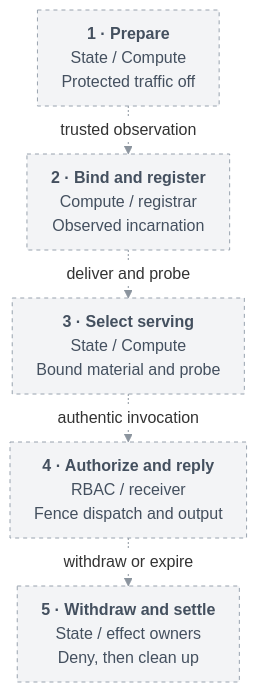
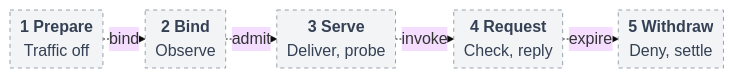
The diagram in specs/basic-agent-identity-mvp.md (SebTardif/openclaw-enterprise), drawn with Mermaid before and after one commit. The commit also changed other lines of this file and 2 other files, not shown here.

````diff
--- a/specs/basic-agent-identity-mvp.md
+++ b/specs/basic-agent-identity-mvp.md
@@ -142,29 +47,26 @@
 ```mermaid
 ---
 config:
   theme: base
   htmlLabels: true
   themeVariables:
     fontSize: 16px
-    lineColor: "#8B949E"
-    edgeLabelBackground: "#FFFFFF"
   flowchart:
     curve: linear
-    nodeSpacing: 24
-    rankSpacing: 24
-    padding: 12
+    nodeSpacing: 10
+    rankSpacing: 12
+    padding: 5
 ---
-flowchart TB
-  Prepare["<b>1 · Prepare</b><br/>State / Compute<br/>Protected traffic off"]
-  Bind["<b>2 · Bind and register</b><br/>Compute / registrar<br/>Observed incarnation"]
-  Serve["<b>3 · Select serving</b><br/>State / Compute<br/>Bound material and probe"]
-  Request["<b>4 · Authorize and reply</b><br/>RBAC / receiver<br/>Fence dispatch and output"]
-  Withdraw["<b>5 · Withdraw and settle</b><br/>State / effect owners<br/>Deny, then clean up"]
-  Prepare -.->|trusted observation| Bind
-  Bind -.->|deliver and probe| Serve
-  Serve -.->|authentic invocation| Request
-  Request -.->|withdraw or expire| Withdraw
-  classDef pending fill:#F3F4F6,stroke:#98A2AE,color:#44505F,stroke-width:1px,stroke-dasharray:4 4
-  class Prepare,Bind,Serve,Request,Withdraw pending
-  linkStyle default stroke:#8B949E,stroke-width:1px
+flowchart LR
+  P["<b>1 Prepare</b><br/>Traffic off"]
+  B["<b>2 Bind</b><br/>Observe"]
+  S["<b>3 Serve</b><br/>Deliver, probe"]
+  R["<b>4 Request</b><br/>Check, reply"]
+  W["<b>5 Withdraw</b><br/>Deny, settle"]
+  P -.->|bind| B
+  B -.->|admit| S
+  S -.->|invoke| R
+  R -.->|expire| W
+  classDef pending fill:#F3F4F6,stroke:#98A2AE,color:#344054,stroke-width:1px,stroke-dasharray:4 4
+  class P,B,S,R,W pending
 ```
````
